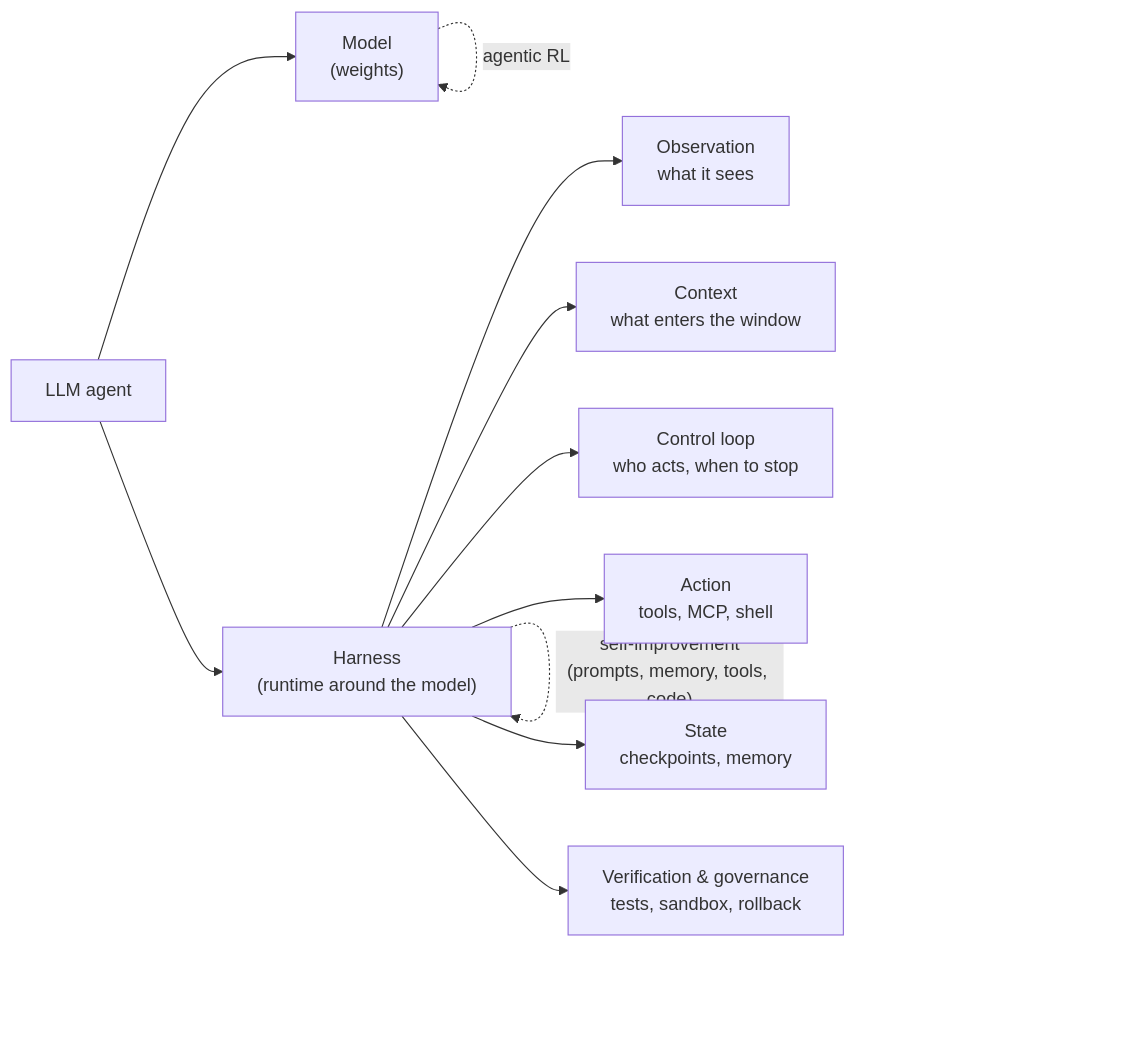
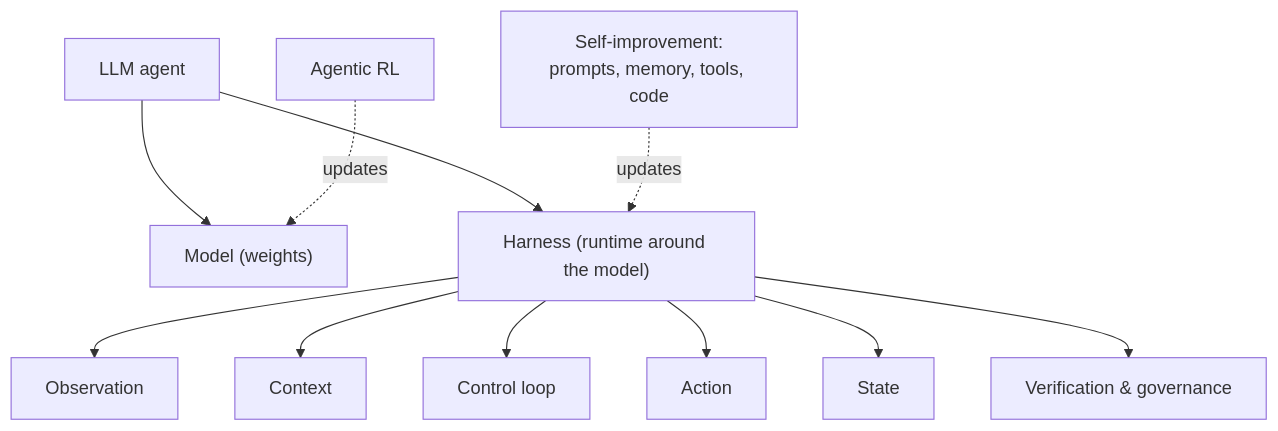
Before and after one commit to nitishsjsucs/agent-harness-engineering-survey: the diagram in README.md, drawn with Mermaid. The commit also changed other lines of this file and 15 other files, not shown here.

````diff
--- a/README.md
+++ b/README.md
@@ -74,13 +74,9 @@
 ```mermaid
-flowchart LR
-    A["LLM agent"] --> M["Model<br/>(weights)"]
-    A --> H["Harness<br/>(runtime around the model)"]
-    H --> O["Observation<br/>what it sees"]
-    H --> C["Context<br/>what enters the window"]
-    H --> L["Control loop<br/>who acts, when to stop"]
-    H --> X["Action<br/>tools, MCP, shell"]
-    H --> S["State<br/>checkpoints, memory"]
-    H --> V["Verification & governance<br/>tests, sandbox, rollback"]
-    H -. "self-improvement<br/>(prompts, memory, tools, code)" .-> H
-    M -. "agentic RL" .-> M
+flowchart TB
+    A["LLM agent"] --> M["Model (weights)"]
+    A --> H["Harness (runtime around the model)"]
+    H --> O["Observation"] & C["Context"] & L["Control loop"]
+    H --> X["Action"] & S["State"] & V["Verification & governance"]
+    SI["Self-improvement:<br/>prompts, memory, tools, code"] -.->|updates| H
+    RL["Agentic RL"] -.->|updates| M
 ```
````
